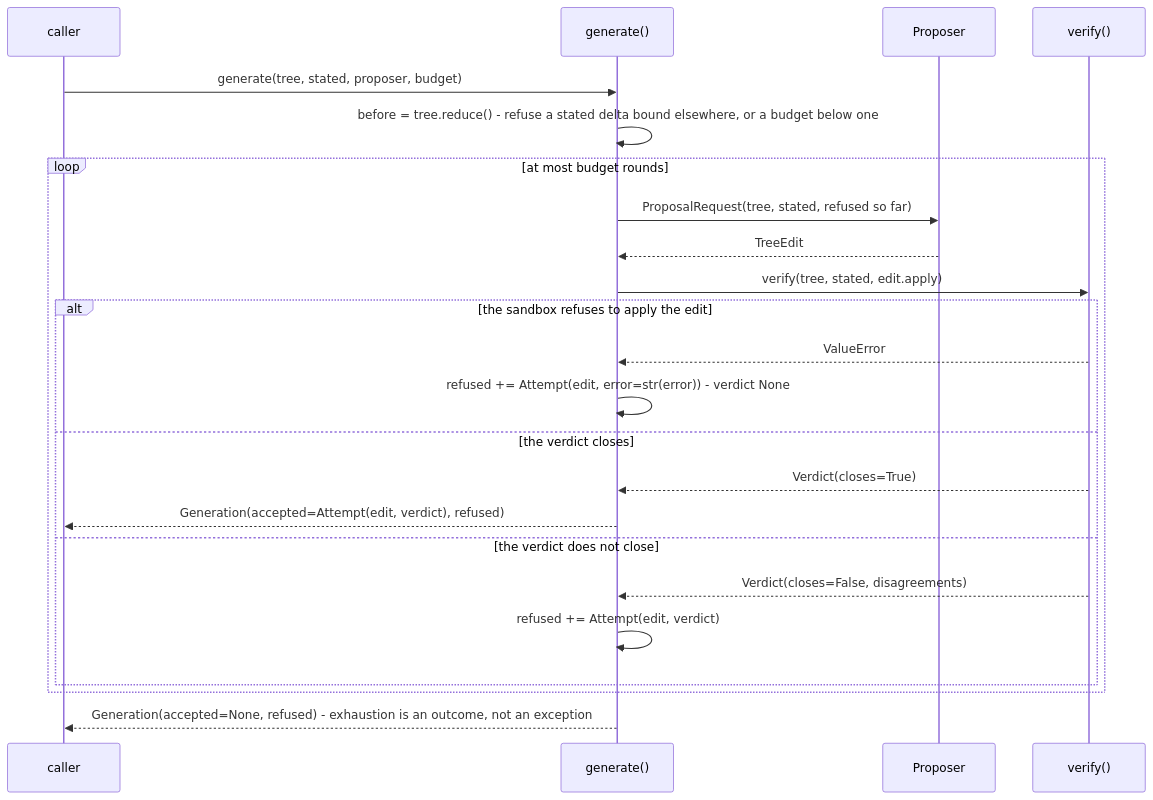
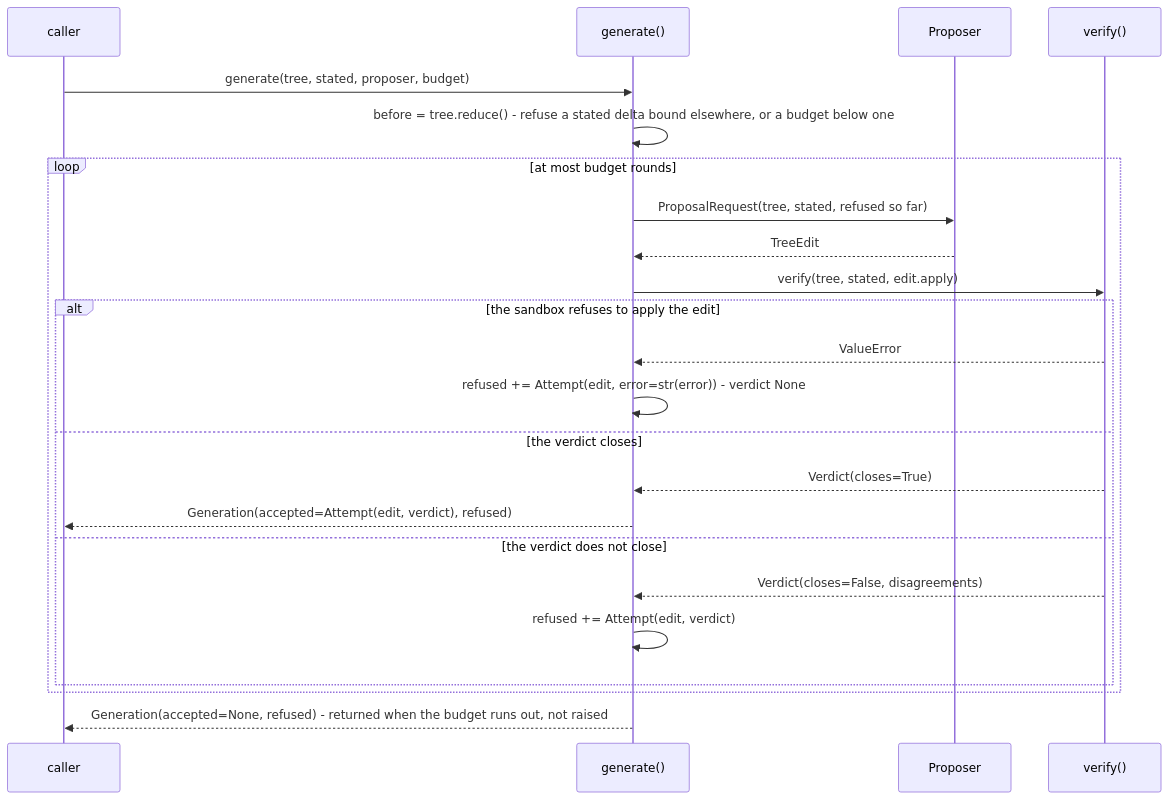
The second of 4 diagrams in docs/design/write-path.md (catincloud-labs/crosslink), drawn with Mermaid before and after one commit. The commit also changed other lines of this file and 15 other files, not shown here.

````diff
--- a/docs/design/write-path.md
+++ b/docs/design/write-path.md
@@ -94,26 +90,26 @@
 ```mermaid
 sequenceDiagram
     participant K as caller
     participant G as generate()
     participant P as Proposer
     participant V as verify()
 
     K->>G: generate(tree, stated, proposer, budget)
     G->>G: before = tree.reduce() - refuse a stated delta bound elsewhere, or a budget below one
     loop at most budget rounds
         G->>P: ProposalRequest(tree, stated, refused so far)
         P-->>G: TreeEdit
         G->>V: verify(tree, stated, edit.apply)
         alt the sandbox refuses to apply the edit
             V-->>G: ValueError
             G->>G: refused += Attempt(edit, error=str(error)) - verdict None
         else the verdict closes
             V-->>G: Verdict(closes=True)
             G-->>K: Generation(accepted=Attempt(edit, verdict), refused)
         else the verdict does not close
             V-->>G: Verdict(closes=False, disagreements)
             G->>G: refused += Attempt(edit, verdict)
         end
     end
-    G-->>K: Generation(accepted=None, refused) - exhaustion is an outcome, not an exception
+    G-->>K: Generation(accepted=None, refused) - returned when the budget runs out, not raised
 ```
````
